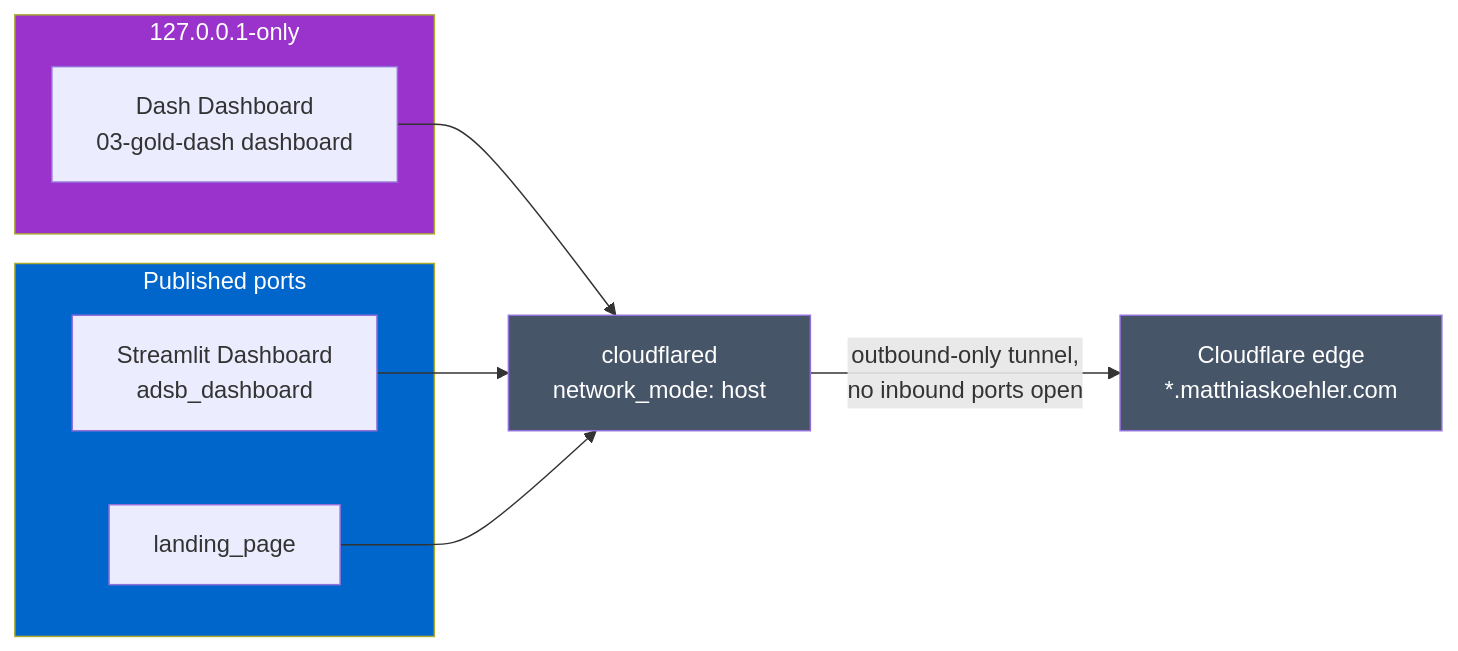
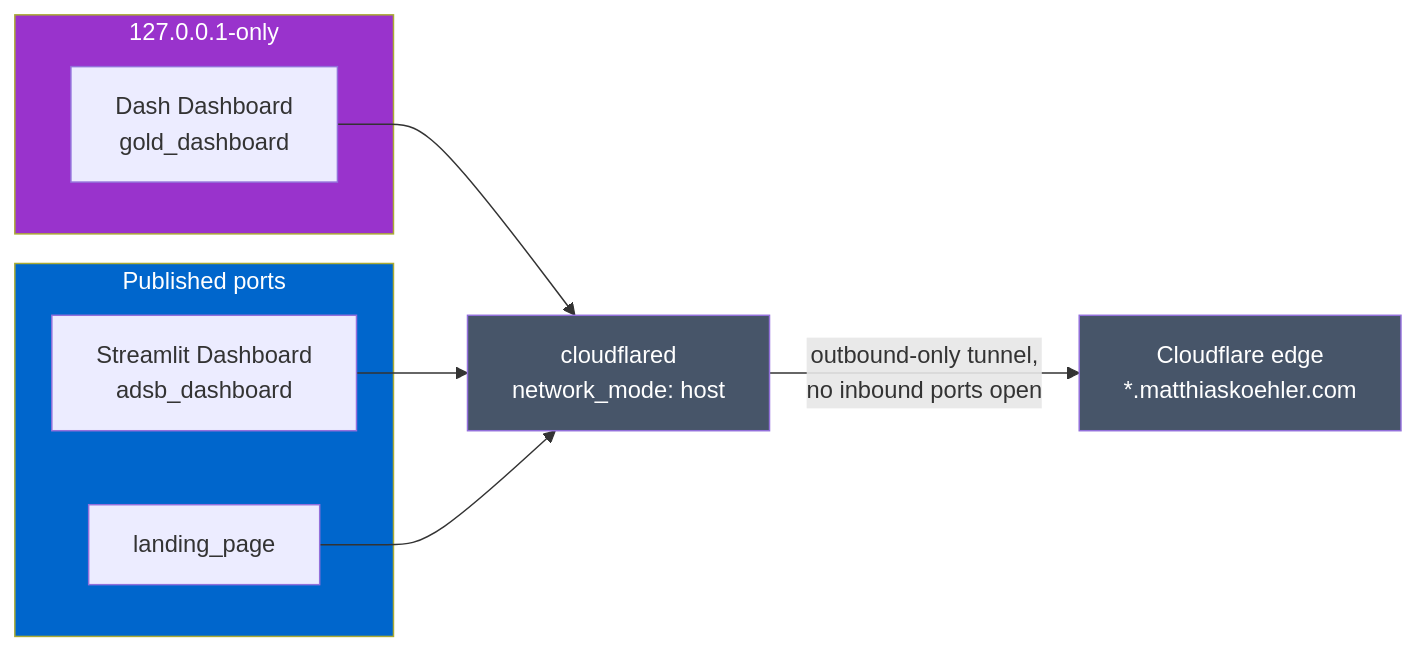
One commit to MatthiasSails/airline-data-platform changed the sixth of 6 diagrams in docs/architecture/README.md. Above: the diagram before and after it, drawn with Mermaid. The commit also changed other lines of this file, not shown here.

First line of the commit message:
docs(architecture): reflect unified Portainer GitOps deployment

````diff
--- a/docs/architecture/README.md
+++ b/docs/architecture/README.md
@@ -189,22 +189,22 @@
 ```mermaid
 graph LR
     subgraph PUBLISHED["Published ports"]
         DASH1["Streamlit Dashboard<br/>adsb_dashboard"]
         LAND["landing_page"]
     end
     subgraph LOCALONLY["127.0.0.1-only"]
-        DASH2["Dash Dashboard<br/>03-gold-dash dashboard"]
+        DASH2["Dash Dashboard<br/>gold_dashboard"]
     end
     CF["cloudflared<br/>network_mode: host"]
     EDGE["Cloudflare edge<br/>*.matthiaskoehler.com"]
 
     DASH2 --> CF
     DASH1 --> CF
     LAND --> CF
     CF -->|outbound-only tunnel,<br/>no inbound ports open| EDGE
 
     style PUBLISHED fill:#0066CC,color:#fff
     style LOCALONLY fill:#9933CC,color:#fff
     style CF fill:#475569,color:#fff
     style EDGE fill:#475569,color:#fff
 ```
````
